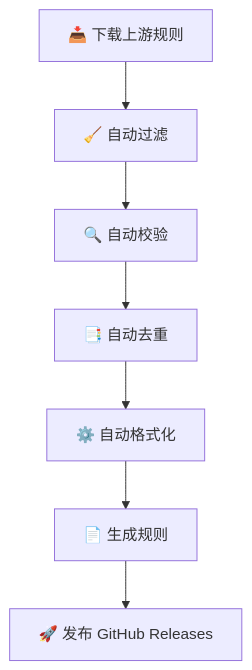
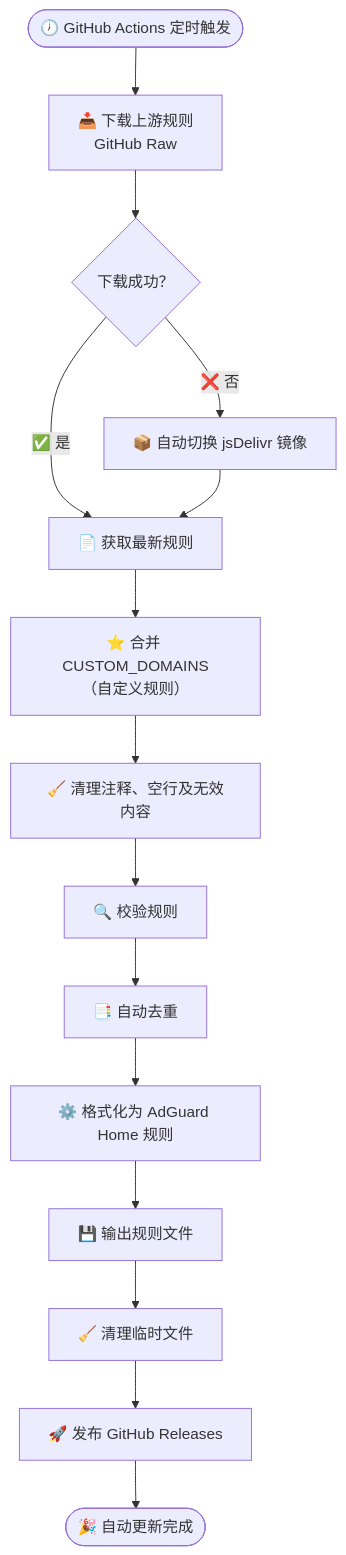
Before and after one commit to LianXia233/adguard-china-dns: the second of 5 diagrams in README.md, drawn with Mermaid. The commit also changed other lines of this file, not shown here.

````diff
--- a/README.md
+++ b/README.md
@@ -50,13 +76,17 @@
 ```mermaid
 flowchart TD
-
-A["📥 下载上游规则"]
-B["🧹 自动过滤"]
-C["🔍 自动校验"]
-D["📑 自动去重"]
-E["⚙️ 自动格式化"]
-F["📄 生成规则"]
-G["🚀 发布 GitHub Releases"]
-
-A --> B --> C --> D --> E --> F --> G
+    Start([🕖 GitHub Actions 定时触发]) --> Download["📥 下载上游规则<br/>GitHub Raw"]
+    Download --> Check{"下载成功？"}
+    Check -- ✅ 是 --> Source["📄 获取最新规则"]
+    Check -- ❌ 否 --> Mirror["📦 自动切换 jsDelivr 镜像"]
+    Mirror --> Source
+    Source --> Merge["⭐ 合并 CUSTOM_DOMAINS<br/>（自定义规则）"]
+    Merge --> Filter["🧹 清理注释、空行及无效内容"]
+    Filter --> Verify["🔍 校验规则"]
+    Verify --> Dedup["📑 自动去重"]
+    Dedup --> Format["⚙️ 格式化为 AdGuard Home 规则"]
+    Format --> Output["💾 输出规则文件"]
+    Output --> Clean["🧹 清理临时文件"]
+    Clean --> Release["🚀 发布 GitHub Releases"]
+    Release --> Finish([🎉 自动更新完成])
 ```
````
